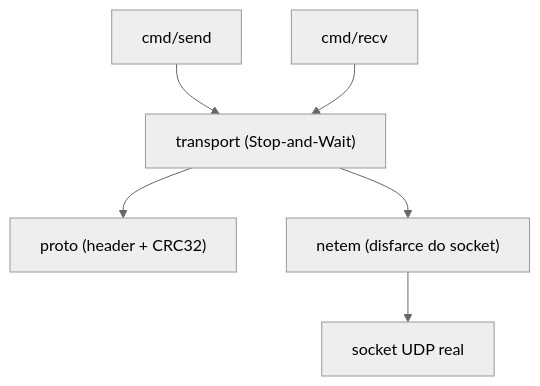
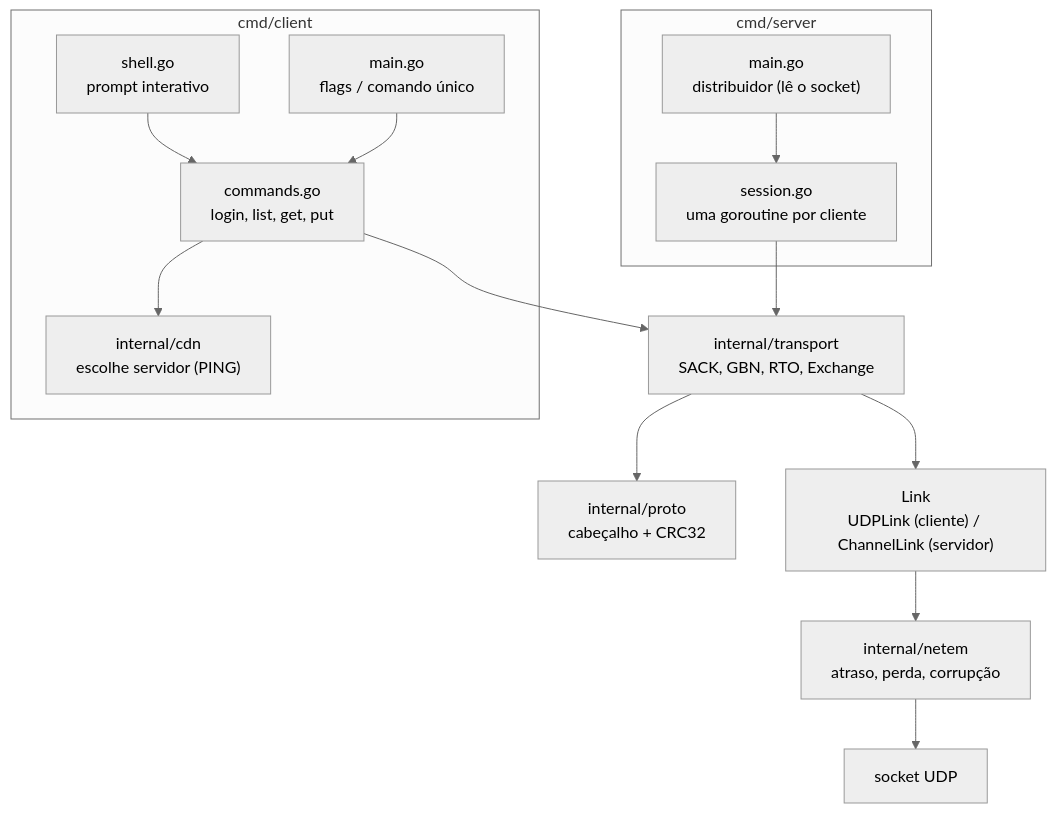
Before and after one commit to rTanure/raposa-reliable-udp: the first of 4 diagrams in docs/funcionalidades.md, drawn with Mermaid (neutral theme). The commit also changed other lines of this file and 33 other files, not shown here.

````diff
--- a/docs/funcionalidades.md
+++ b/docs/funcionalidades.md
@@ -19,8 +9,17 @@
 ```mermaid
 flowchart TD
-    send["cmd/send"] --> transport["transport (Stop-and-Wait)"]
-    recv["cmd/recv"] --> transport
-    transport --> proto["proto (header + CRC32)"]
-    transport --> netem["netem (disfarce do socket)"]
-    netem --> udp["socket UDP real"]
+    subgraph Cliente["cmd/client"]
+        shell["shell.go<br/>prompt interativo"] --> commands["commands.go<br/>login, list, get, put"]
+        main["main.go<br/>flags / comando único"] --> commands
+        commands --> cdn["internal/cdn<br/>escolhe servidor (PING)"]
+    end
+    subgraph Servidor["cmd/server"]
+        dispatcher["main.go<br/>distribuidor (lê o socket)"] --> session["session.go<br/>uma goroutine por cliente"]
+    end
+    commands --> transport["internal/transport<br/>SACK, GBN, RTO, Exchange"]
+    session --> transport
+    transport --> proto["internal/proto<br/>cabeçalho + CRC32"]
+    transport --> link["Link<br/>UDPLink (cliente) / ChannelLink (servidor)"]
+    link --> netem["internal/netem<br/>atraso, perda, corrupção"]
+    netem --> udp["socket UDP"]
 ```
````
